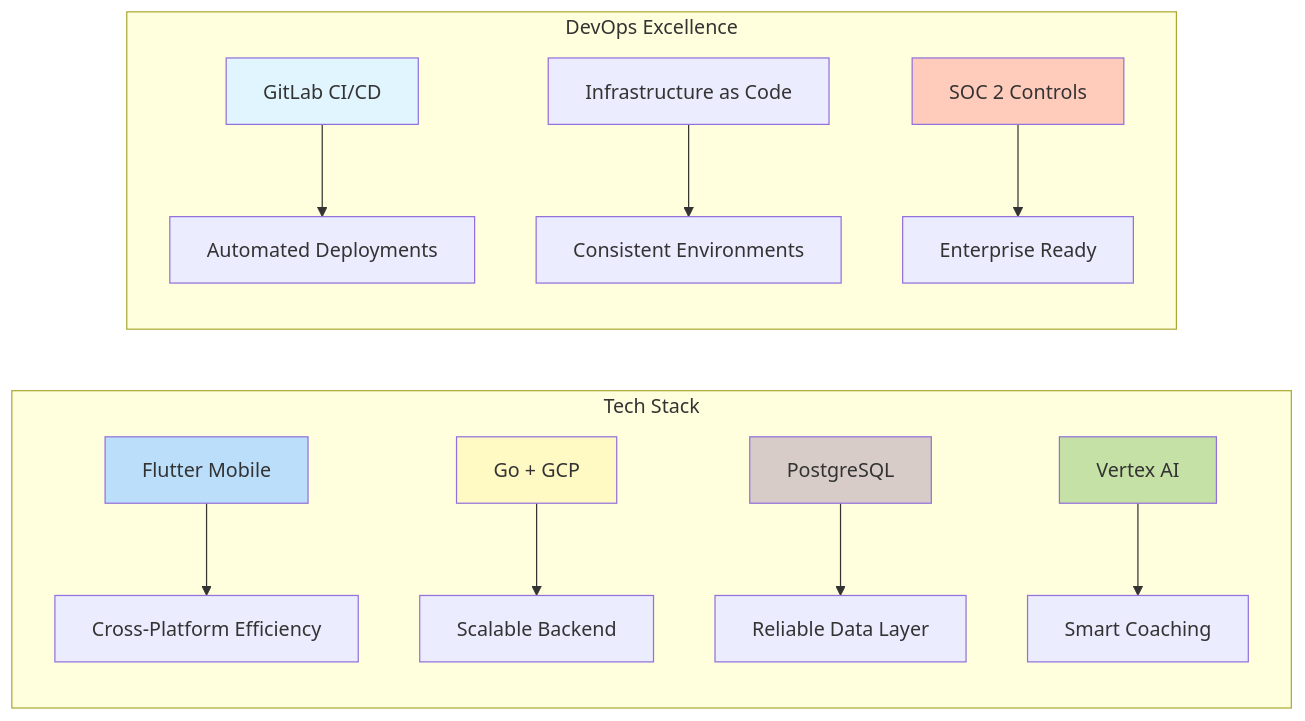
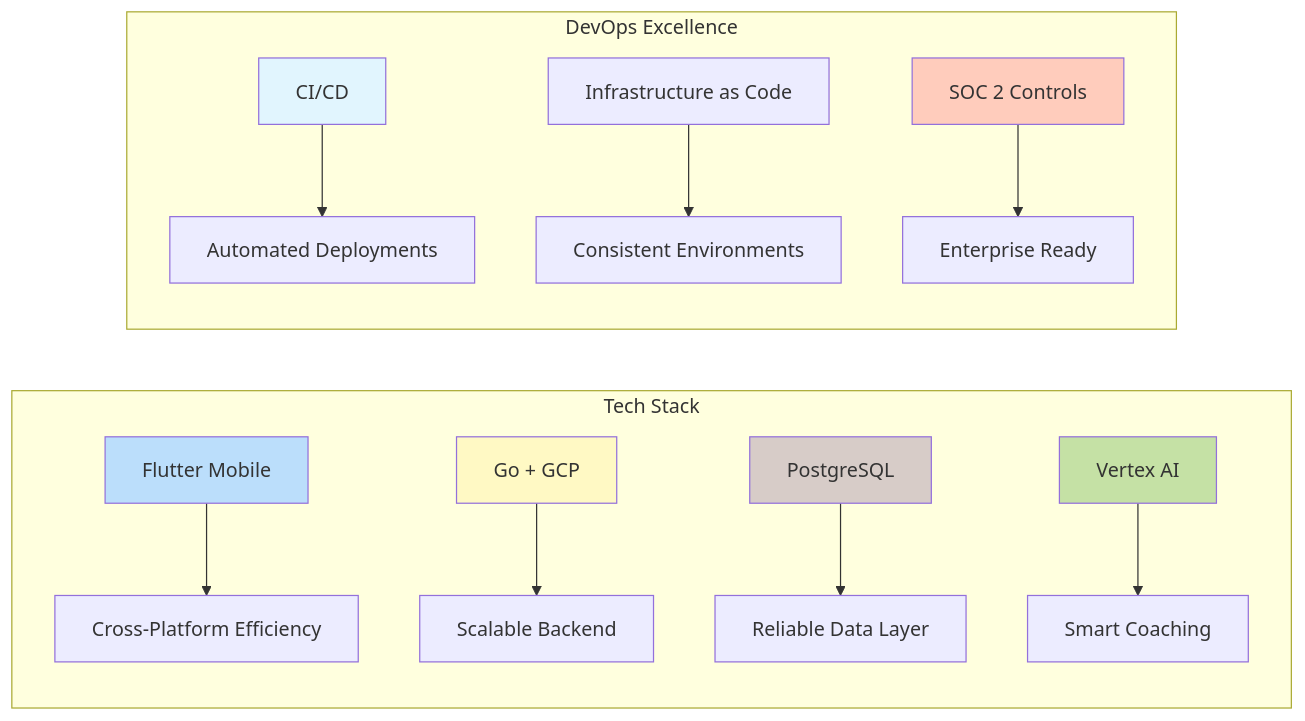
The second of 4 diagrams in content/projects/joyo.md (keolo/keolo-com), drawn with Mermaid before and after one commit. The commit also changed 1 other file, not shown here.

Commit message:
docs: improve formatting in posts and projects
Bolded headers in `composition-inheritance.md` and shortened "GitLab CI/CD" to "CI/CD" in the Joyo project diagram for improved readability.

````diff
--- a/content/projects/joyo.md
+++ b/content/projects/joyo.md
@@ -231,22 +231,22 @@
 ```mermaid
 graph LR
     subgraph "Tech Stack"
         A[Flutter Mobile] --> B[Cross-Platform Efficiency]
         C[Go + GCP] --> D[Scalable Backend]
         E[PostgreSQL] --> F[Reliable Data Layer]
         G[Vertex AI] --> H[Smart Coaching]
     end
-    
+
     subgraph "DevOps Excellence"
-        I[GitLab CI/CD] --> J[Automated Deployments]
+        I[CI/CD] --> J[Automated Deployments]
         K[Infrastructure as Code] --> L[Consistent Environments]
         M[SOC 2 Controls] --> N[Enterprise Ready]
     end
-    
+
     style A fill:#bbdefb
     style C fill:#fff9c4
     style E fill:#d7ccc8
     style G fill:#c5e1a5
     style I fill:#e1f5fe
     style M fill:#ffccbc
 ```
````
